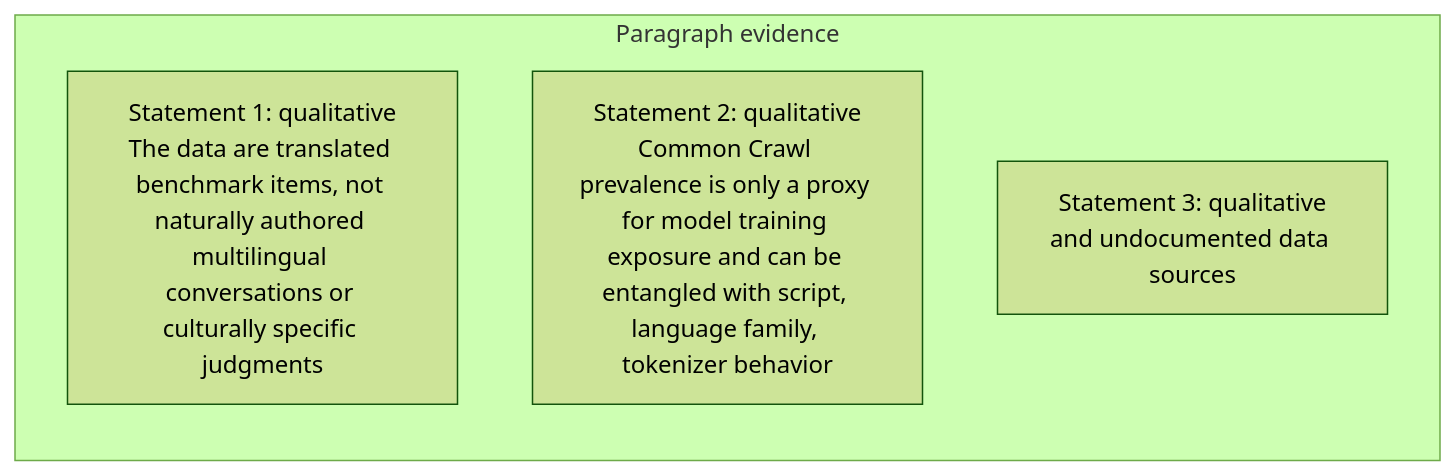
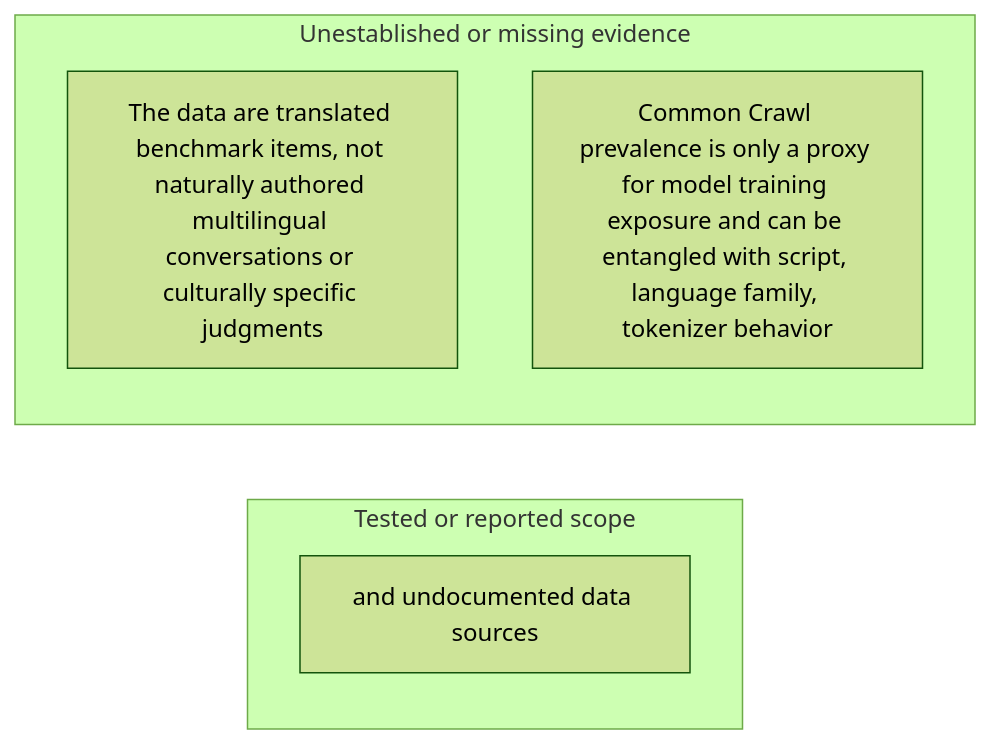
Diagram 37 of 48 in docs/visual-manifests/VISUAL_MANIFEST_LLM_EVALUATORS_LANGUAGES.md (Betancourt1/paper_atlas), drawn with Mermaid (forest theme) before and after one commit. The commit also changed other lines of this file and 7 other files, not shown here.

````diff
--- a/docs/visual-manifests/VISUAL_MANIFEST_LLM_EVALUATORS_LANGUAGES.md
+++ b/docs/visual-manifests/VISUAL_MANIFEST_LLM_EVALUATORS_LANGUAGES.md
@@ -3174,8 +3175,10 @@
 ```mermaid
 flowchart LR
-  subgraph p1["Paragraph evidence"]
-    p1r1["Statement 1: qualitative<br/>The data are translated benchmark items, not naturally authored multilingual conversations or culturally specific judgments"]
-    p1r2["Statement 2: qualitative<br/>Common Crawl prevalence is only a proxy for model training exposure and can be entangled with script, language family, tokenizer behavior"]
-    p1r3["Statement 3: qualitative<br/>and undocumented data sources"]
+  subgraph g1["Tested or reported scope"]
+    g1i1["and undocumented data sources"]
+  end
+  subgraph g2["Unestablished or missing evidence"]
+    g2i1["The data are translated benchmark items, not naturally authored multilingual conversations or culturally specific judgments"]
+    g2i2["Common Crawl prevalence is only a proxy for model training exposure and can be entangled with script, language family, tokenizer behavior"]
   end
 ```
````
